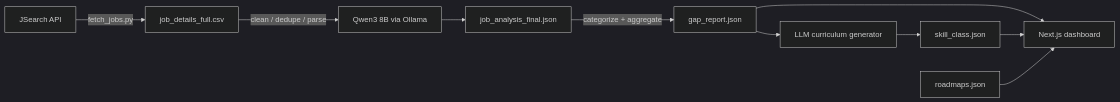
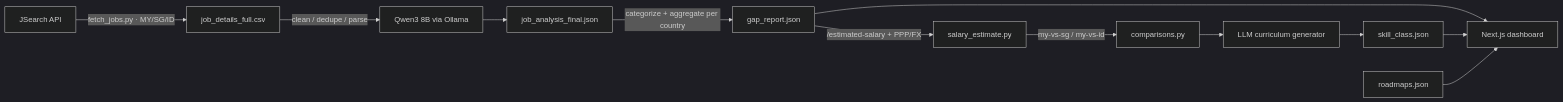
One commit to RSGzen/udiff changed the diagram in docs/UDiff.md. Above: the diagram before and after it, drawn with Mermaid (dark theme). The commit also changed other lines of this file and 4 other files, not shown here.

````diff
--- a/docs/UDiff.md
+++ b/docs/UDiff.md
@@ -25,12 +25,14 @@
 ```mermaid
 flowchart LR
-    A[JSearch API] -->|fetch_jobs.py| C[job_details_full.csv]
+    A[JSearch API] -->|fetch_jobs.py · MY/SG/ID| C[job_details_full.csv]
     C -->|clean / dedupe / parse| D[Qwen3 8B via Ollama]
     D --> E[job_analysis_final.json]
-    E -->|categorize + aggregate| F[gap_report.json]
-    F --> G[LLM curriculum generator]
+    E -->|categorize + aggregate per country| F[gap_report.json]
+    F -->|/estimated-salary + PPP/FX| S[salary_estimate.py]
+    S -->|my-vs-sg / my-vs-id| X[comparisons.py]
+    X --> G[LLM curriculum generator]
     G --> H[skill_class.json]
     F --> W[Next.js dashboard]
     H --> W
     R[roadmaps.json] --> W
 ```
````
